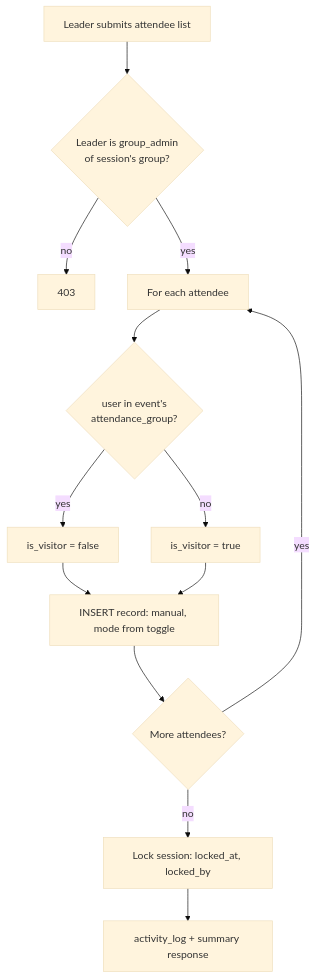
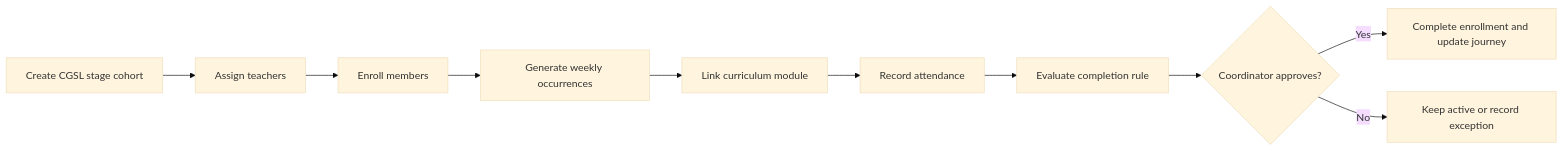
The ninth of 11 diagrams in PRD.md (ijosh-ch/church-cms-laravel), drawn with Mermaid (base theme) before and after one commit. The commit also changed other lines of this file and 11 other files, not shown here.

````diff
--- a/PRD.md
+++ b/PRD.md
@@ -503,15 +1241,12 @@
 ```mermaid
-flowchart TD
-    A[Leader submits attendee list] --> B{Leader is group_admin<br/>of session's group?}
-    B -->|no| E1[403]
-    B -->|yes| C[For each attendee]
-    C --> D{user in event's<br/>attendance_group?}
-    D -->|yes| F[is_visitor = false]
-    D -->|no| G[is_visitor = true]
-    F --> H[INSERT record: manual, mode from toggle]
-    G --> H
-    H --> I{More attendees?}
-    I -->|yes| C
-    I -->|no| J[Lock session: locked_at, locked_by]
-    J --> K[activity_log + summary response]
+flowchart LR
+    A[Create CGSL stage cohort] --> B[Assign teachers]
+    B --> C[Enroll members]
+    C --> D[Generate weekly occurrences]
+    D --> E[Link curriculum module]
+    E --> F[Record attendance]
+    F --> G[Evaluate completion rule]
+    G --> H{Coordinator approves?}
+    H -->|Yes| I[Complete enrollment and update journey]
+    H -->|No| J[Keep active or record exception]
 ```
````
